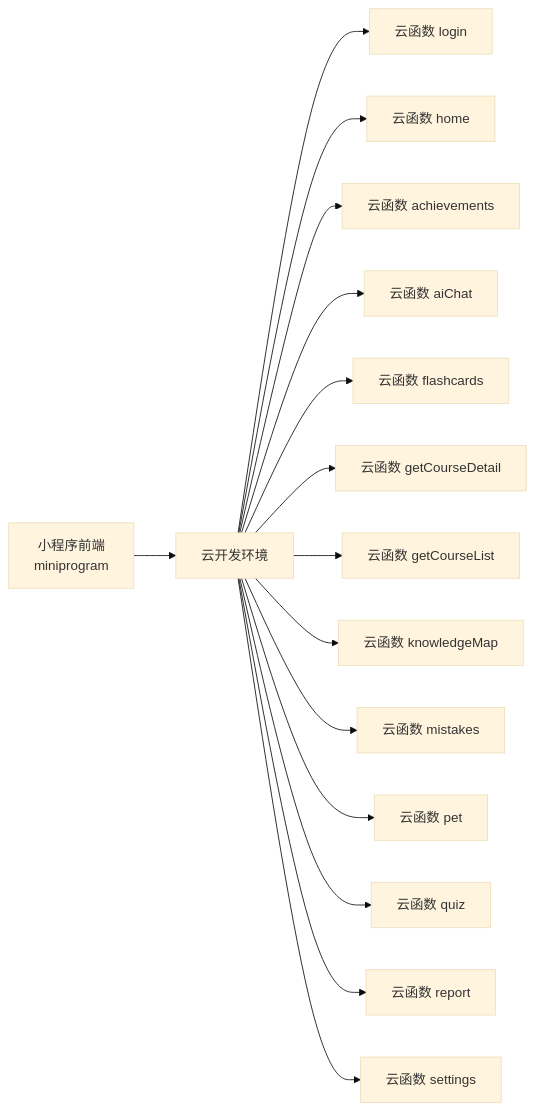
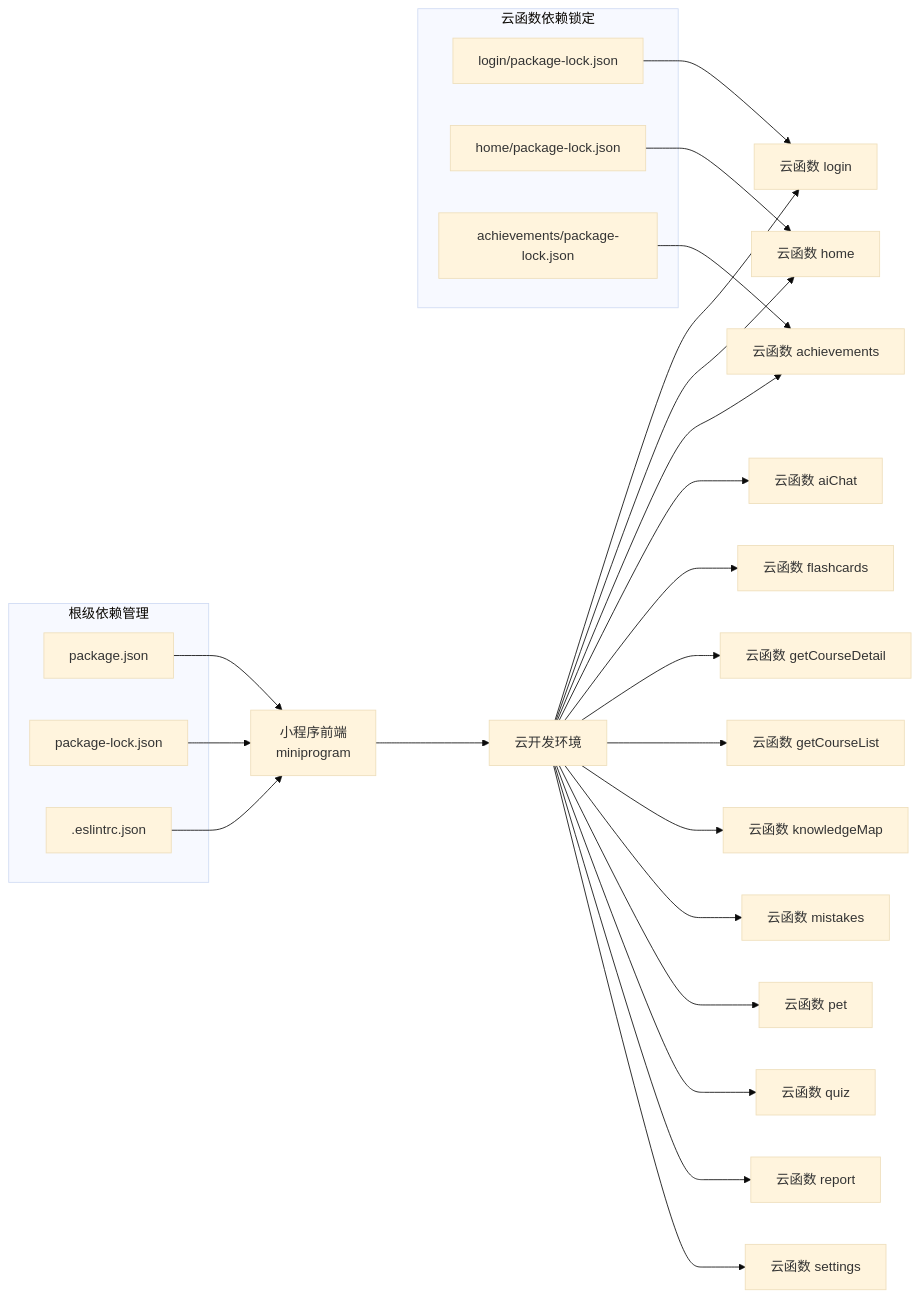
The third of 3 diagrams in .qoder/repowiki/zh/content/部署运维/环境配置.md (cwb7756/bio), drawn with Mermaid (base theme) before and after one commit. The commit also changed other lines of this file and 45 other files, not shown here.

````diff
--- a/.qoder/repowiki/zh/content/部署运维/环境配置.md
+++ b/.qoder/repowiki/zh/content/部署运维/环境配置.md
@@ -346,17 +431,33 @@
 ```mermaid
 graph LR
 MP["小程序前端<br/>miniprogram"] --> CD["云开发环境"]
 CD --> CF1["云函数 login"]
 CD --> CF2["云函数 home"]
 CD --> CF3["云函数 achievements"]
 CD --> CF4["云函数 aiChat"]
 CD --> CF5["云函数 flashcards"]
 CD --> CF6["云函数 getCourseDetail"]
 CD --> CF7["云函数 getCourseList"]
 CD --> CF8["云函数 knowledgeMap"]
 CD --> CF9["云函数 mistakes"]
 CD --> CF10["云函数 pet"]
 CD --> CF11["云函数 quiz"]
 CD --> CF12["云函数 report"]
 CD --> CF13["云函数 settings"]
+subgraph "根级依赖管理"
+PKG["package.json"]
+LOCK["package-lock.json"]
+ESLINT[".eslintrc.json"]
+end
+PKG --> MP
+LOCK --> MP
+ESLINT --> MP
+subgraph "云函数依赖锁定"
+CF_LOCK1["login/package-lock.json"]
+CF_LOCK2["home/package-lock.json"]
+CF_LOCK3["achievements/package-lock.json"]
+end
+CF_LOCK1 --> CF1
+CF_LOCK2 --> CF2
+CF_LOCK3 --> CF3
 ```
````
